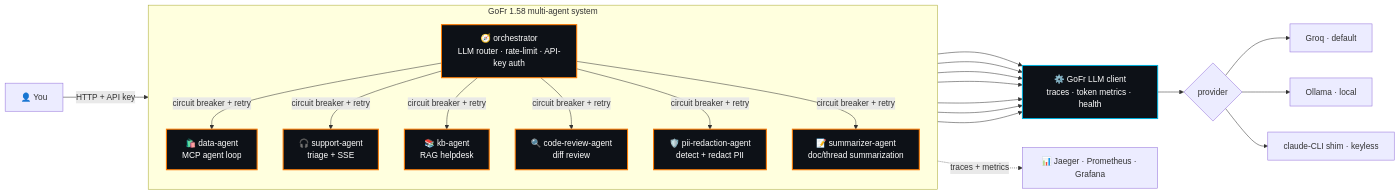
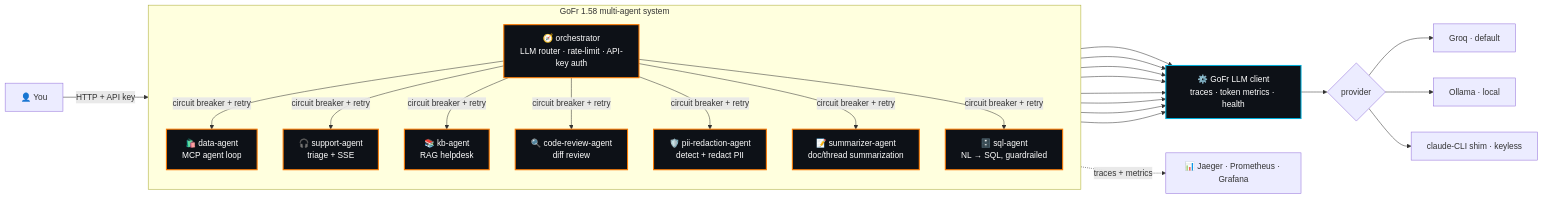
The diagram in README.md (aryanmehrotra/agents), drawn with Mermaid before and after one commit. The commit also changed other lines of this file and 12 other files, not shown here.

Commit message:
feat(agent): add sql-agent agent (natural-language → SQL is a leading 2026 BI-agent pattern) (#5)

````diff
--- a/README.md
+++ b/README.md
@@ -26,34 +26,36 @@
 ```mermaid
 flowchart LR
     You["👤 You"] -->|"HTTP + API key"| ORCH
 
     subgraph System["GoFr 1.58 multi-agent system"]
         direction TB
         ORCH["🧭 orchestrator<br/>LLM router · rate-limit · API-key auth"]
         ORCH -->|"circuit breaker + retry"| D["🛍️ data-agent<br/>MCP agent loop"]
         ORCH -->|"circuit breaker + retry"| S["🎧 support-agent<br/>triage + SSE"]
         ORCH -->|"circuit breaker + retry"| K["📚 kb-agent<br/>RAG helpdesk"]
         ORCH -->|"circuit breaker + retry"| R["🔍 code-review-agent<br/>diff review"]
         ORCH -->|"circuit breaker + retry"| P["🛡️ pii-redaction-agent<br/>detect + redact PII"]
         ORCH -->|"circuit breaker + retry"| U["📝 summarizer-agent<br/>doc/thread summarization"]
+        ORCH -->|"circuit breaker + retry"| Q["🗄️ sql-agent<br/>NL → SQL, guardrailed"]
     end
 
     D --> LLM["⚙️ GoFr LLM client<br/>traces · token metrics · health"]
     S --> LLM
     K --> LLM
     R --> LLM
     P --> LLM
     U --> LLM
+    Q --> LLM
     ORCH --> LLM
     LLM --> Provider{"provider"}
     Provider --> Groq["Groq · default"]
     Provider --> Ollama["Ollama · local"]
     Provider --> Shim["claude-CLI shim · keyless"]
 
     System -.->|"traces + metrics"| OBS["📊 Jaeger · Prometheus · Grafana"]
 
     classDef agent fill:#0d1117,stroke:#FF7A00,stroke-width:2px,color:#ffffff;
     classDef core fill:#0d1117,stroke:#00ADD8,stroke-width:2px,color:#ffffff;
-    class ORCH,D,S,K,R,P,U agent;
+    class ORCH,D,S,K,R,P,U,Q agent;
     class LLM core;
 ```
````
